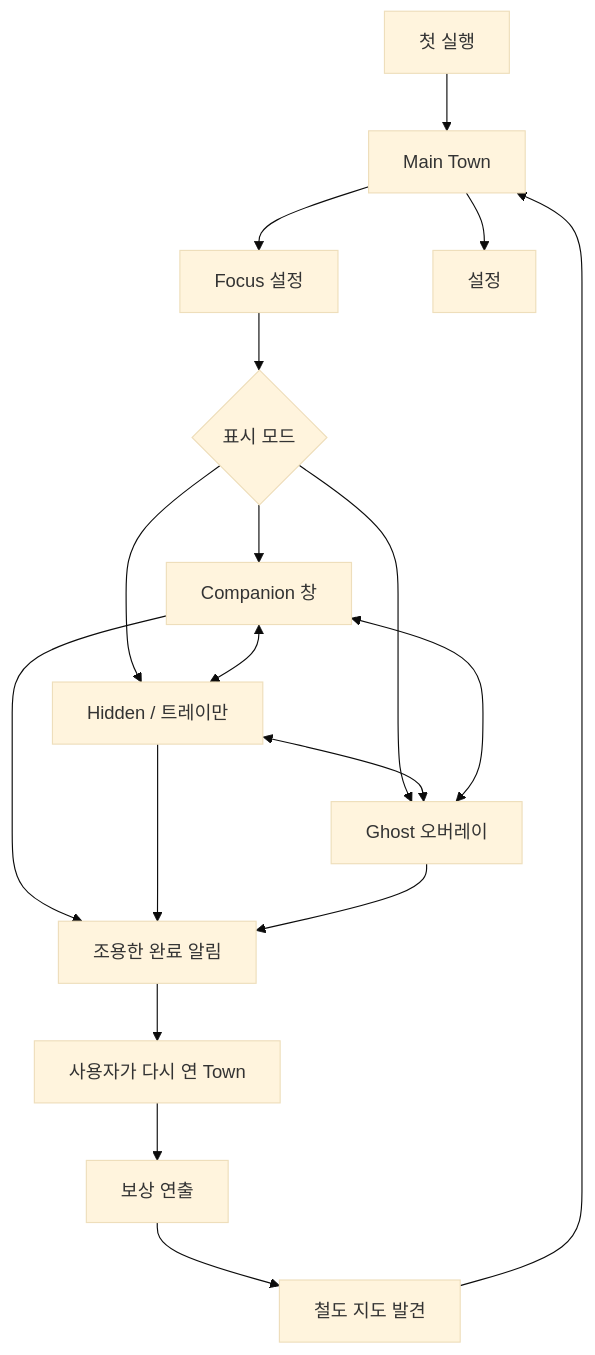
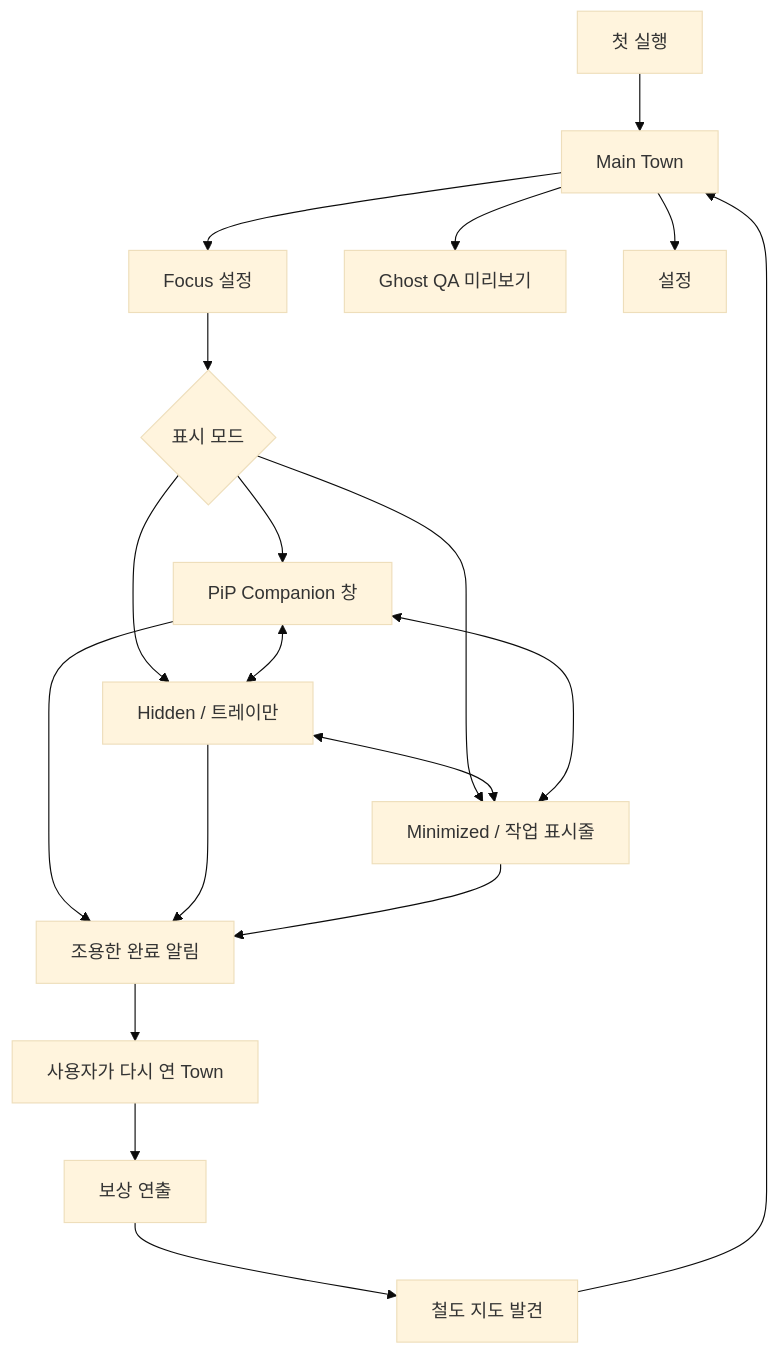
One commit to Seunghyun0606/desktown changed the first of 3 diagrams in docs/design/UX_FLOW.md. Above: the diagram before and after it, drawn with Mermaid (base theme). The commit also changed other lines of this file and 29 other files, not shown here.

````diff
--- a/docs/design/UX_FLOW.md
+++ b/docs/design/UX_FLOW.md
@@ -21,20 +21,21 @@
 ```mermaid
 flowchart TD
     A["첫 실행"] --> B["Main Town"]
     B --> C["Focus 설정"]
     C --> D{"표시 모드"}
-    D --> E["Companion 창"]
+    D --> E["PiP Companion 창"]
     D --> F["Hidden / 트레이만"]
-    D --> G["Ghost 오버레이"]
+    D --> M["Minimized / 작업 표시줄"]
+    B --> G["Ghost QA 미리보기"]
     E <--> F
-    F <--> G
-    G <--> E
+    F <--> M
+    M <--> E
     E --> H["조용한 완료 알림"]
     F --> H
-    G --> H
+    M --> H
     H --> I["사용자가 다시 연 Town"]
     I --> J["보상 연출"]
     J --> K["철도 지도 발견"]
     K --> B
     B --> L["설정"]
 ```
````
